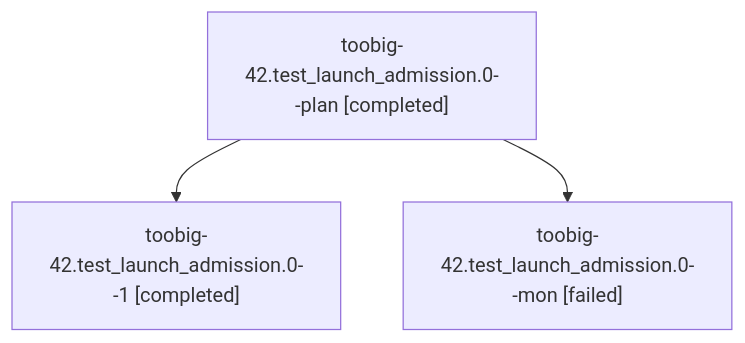
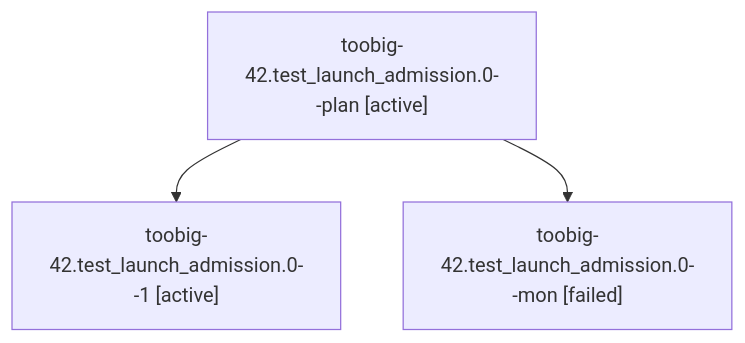
Before and after one commit to sase-org/sase--agents: the diagram in families/bbugyi200.athena.toobig-42.test_launch_admission.0.md, drawn with Mermaid. The commit also changed other lines of this file and 35830 other files, not shown here.

````diff
--- a/families/bbugyi200.athena.toobig-42.test_launch_admission.0.md
+++ b/families/bbugyi200.athena.toobig-42.test_launch_admission.0.md
@@ -9,8 +9,8 @@
 ```mermaid
 flowchart TD
-  n0["toobig-42.test_launch_admission.0--plan [completed]"]
-  n1["toobig-42.test_launch_admission.0--1 [completed]"]
+  n0["toobig-42.test_launch_admission.0--plan [active]"]
+  n1["toobig-42.test_launch_admission.0--1 [active]"]
   n0 --> n1
   n2["toobig-42.test_launch_admission.0--mon [failed]"]
   n0 --> n2
 ```
````
